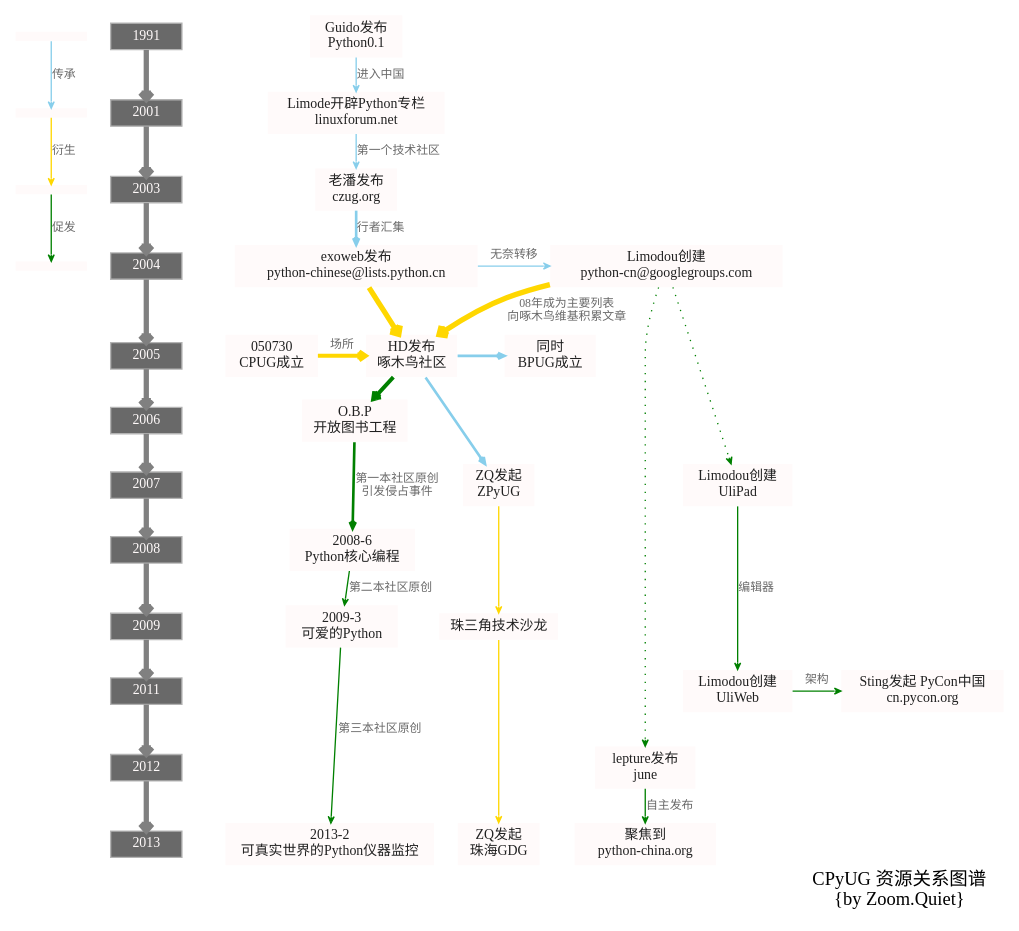
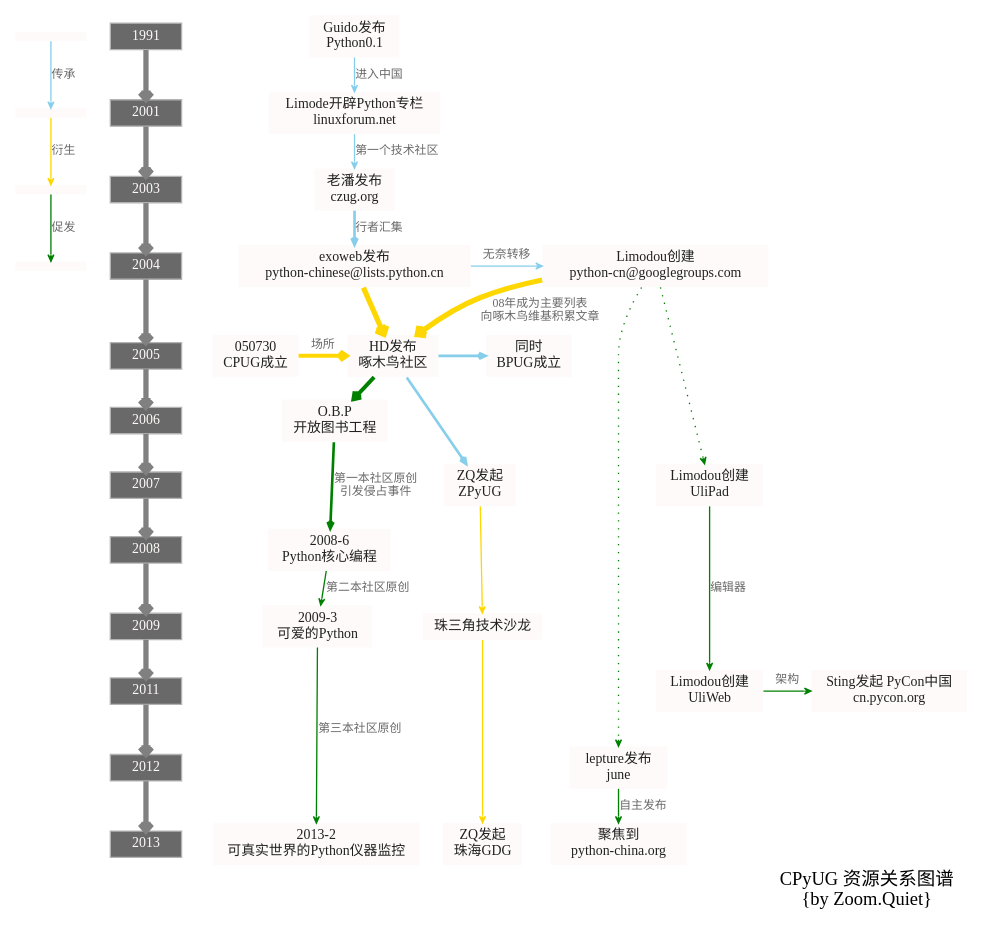
Before and after one commit to ZoomQuiet/zoomquiet.tangle: the diagram in dot/obp/cpyug_historic_mapping.dot, drawn with Graphviz. The commit also changed 1 other file, not shown here.

```diff
--- a/dot/obp/cpyug_historic_mapping.dot
+++ b/dot/obp/cpyug_historic_mapping.dot
@@ -1,125 +1,128 @@
 digraph G4cpyug_historic_mapping {
     /*生成命令:
 $ dot -Tpng cpyug_historic_mapping.dot -o cpyug_historic_mapping.png 
 -Tcmapx -o cpyug_historic_mapping.map
     全局设定
     color:dimgrey white whitesmoke snow azure yellowgreen darkolivegreen skyblue navy orange indigo khaki
     */
     graph [label="CPyUG 资源关系图谱\n {by Zoom.Quiet}",
+        fontname="WenQuanYi Micro Hei",
         labeljust="r",labelloc="b",center=1,
         ranksep=0.2,ratio=compress,
         rankdir=TB,
         ];
     node[fontsize=10.5,
+        fontname="WenQuanYi Micro Hei",
         height=0.1,
         style=filled,fillcolor=snow,
         color=gray70,fontcolor=grey13,
         shape=plaintext,
         ];
     edge [fontsize=9.0,fontcolor=dimgrey,
+        fontname="WenQuanYi Micro Hei",
         color=dimgrey,arrowsize=0.5,arrowhead=vee,arrowtail=none,
         ];
 
     /*图元声明
         start       [label="流程开始/结束",shape=point];
     end         [label="",shape=doublecircle,fillcolor=red];
 
     box         [label="实体/对象",shape=box];
     ellipse     [label="行动/节点",shape=ellipse];
     egg         [label="用户/人物",shape=egg];
     plaintext   [label="状态/属性",shape=plaintext,fillcolor=whitesmoke];
     diamond     [label="判别",shape=diamond];
     note        [label="注释",shape=note];
     tab         [label="目录/模块",shape=tab];
     db          [label="数据库",shape=box3d];
     component   [label="主机/组件",shape=component];
     ttag [label="时间轴",shape=box];
     */
     DEV [label="",shape=plaintext];
     SAFF [label="",shape=plaintext];
     SRV [label="",shape=plaintext];
     SYS [label="",shape=plaintext];
         DEV->SAFF [label="传承",color=skyblue];
         SAFF->SRV [label="衍生",color=gold];
         SRV->SYS [label="促发",color=green];
 
     1991 [fillcolor=none,shape=box,fontcolor=snow,fillcolor=dimgray];
     2001 [fillcolor=none,shape=box,fontcolor=snow,fillcolor=dimgray];
     2003 [fillcolor=none,shape=box,fontcolor=snow,fillcolor=dimgray];
     2004 [fillcolor=none,shape=box,fontcolor=snow,fillcolor=dimgray];
     2005 [fillcolor=none,shape=box,fontcolor=snow,fillcolor=dimgray];
     2006 [fillcolor=none,shape=box,fontcolor=snow,fillcolor=dimgray];
     2007 [fillcolor=none,shape=box,fontcolor=snow,fillcolor=dimgray];
     2008 [fillcolor=none,shape=box,fontcolor=snow,fillcolor=dimgray];
     2009 [fillcolor=none,shape=box,fontcolor=snow,fillcolor=dimgray];
     2011 [fillcolor=none,shape=box,fontcolor=snow,fillcolor=dimgray];
     2012 [fillcolor=none,shape=box,fontcolor=snow,fillcolor=dimgray];
     2013 [fillcolor=none,shape=box,fontcolor=snow,fillcolor=dimgray];
 
     1991->2001->2003->2004->2005->2006->2007->2008->2009->2011->2012->2013 [color=gray,style="setlinewidth(4)"];
 
     python [label="Guido发布\nPython0.1" ,];
 
     bbs [label="Limode开辟Python专栏\nlinuxforum.net" ];
     czug [label="老潘发布\nczug.org" ];
     py_chinese [label="exoweb发布\npython-chinese@lists.python.cn" ];
     
     woodpecker  [label="HD发布\n啄木鸟社区" ];
         cpug  [label="050730\nCPUG成立" ];
         bpug  [label="同时\nBPUG成立" ];
         zpug  [label="ZQ发起\nZPyUG" ];
         techparty [label="珠三角技术沙龙" ];
         zhgdg [label="ZQ发起\n珠海GDG" ];
     py_cn [label="Limodou创建\npython-cn@googlegroups.com" ];
 
     ulipad [label="Limodou创建\nUliPad" ];
         uliweb [label="Limodou创建\nUliWeb" ];
             pycon [label="Sting发起 PyCon中国\ncn.pycon.org" ];
     june  [label="lepture发布\njune" ];
         py_china [label="聚焦到\npython-china.org" ];
 
     obp [label="O.B.P\n开放图书工程" ];
     corepy [label="2008-6\nPython核心编程" ];
     lovpy [label="2009-3\n可爱的Python" ];
     rwiwpy [label="2013-2\n可真实世界的Python仪器监控" ];
 
     python->bbs [label="进入中国",color=skyblue];
     bbs->czug [label="第一个技术社区",color=skyblue];
     czug->py_chinese [label="行者汇集",color=skyblue,style="setlinewidth(2)"];
     
         py_chinese->py_cn [label="无奈转移",color=skyblue]
             py_chinese->woodpecker [label="",color=gold,style="setlinewidth(4)"];
     
     py_cn->ulipad [label="",color=green,style="dotted"];
         ulipad->uliweb [label="编辑器",color=green];
         uliweb->pycon [label="架构",color=green];
     py_cn->june [label="",color=green,style="dotted"];
         june->py_china [label="自主发布",color=green];
 
     py_cn->woodpecker [label="08年成为主要列表\n向啄木鸟维基积累文章" ,color=gold,style="setlinewidth(4)"];
         woodpecker->obp [label="",color=green,style="setlinewidth(3)"];
         obp->corepy [label="第一本社区原创\n引发侵占事件",color=green,style="setlinewidth(2)"];
         corepy->lovpy [label="第二本社区原创",color=green,style="setlinewidth(1)"];
         lovpy->rwiwpy[label="第三本社区原创",color=green];
         
     cpug->woodpecker [label="场所",color=gold,style="setlinewidth(3)"];
         woodpecker->{bpug zpug} [label="",color=skyblue,style="setlinewidth(2)"];
             zpug->techparty->zhgdg [label="",color=gold];
 
     { rank=same; 1991   python; }
     { rank=same; 2001   bbs; }
     { rank=same; 2003   czug; }
     { rank=same; 2004   py_chinese py_cn; }
     { rank=same; 2005   cpug woodpecker  bpug; }
     { rank=same; 2006   obp; }
     { rank=same; 2007   ulipad zpug; }
     { rank=same; 2008   corepy; }
     { rank=same; 2009   lovpy techparty; }
     { rank=same; 2011   uliweb pycon; }
     { rank=same; 2012   june; }
     { rank=same; 2013   zhgdg py_china rwiwpy; }
 
     edge [style=invis];
 
 
 }
```
